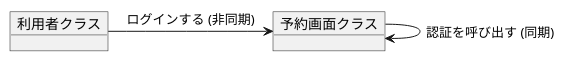
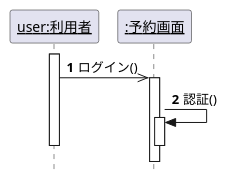
One commit to Mujinazawa/uml changed the diagram in 演習4-2.pu. Above: the diagram before and after it, drawn with PlantUML.

Commit message:
演習4-2追記

```diff
--- a/演習4-2.pu
+++ b/演習4-2.pu
@@ -1,10 +1,16 @@
-@startuml 演習4-2_SD_利用者と予約画面
+@startuml 演習4-2_SD_利用者と予約画面.pu
 hide footbox
-
-object "利用者クラス" as user
-object "予約画面クラス" as reservationScreen
-
-user -> reservationScreen: ログインする (非同期)
-reservationScreen -> reservationScreen: 認証を呼び出す (同期)
+skinparam style strictuml
+participant "<u>user:利用者</u>" as user
+participant "<u>:予約画面</u>" as yoyaku
+autonumber
+activate user
+user ->> yoyaku : ログイン()
+activate yoyaku
+yoyaku -> yoyaku : 認証()
+activate yoyaku
+' yoyaku --> yoyaku
+deactivate yoyaku
+deactivate user
 
 @enduml
```
